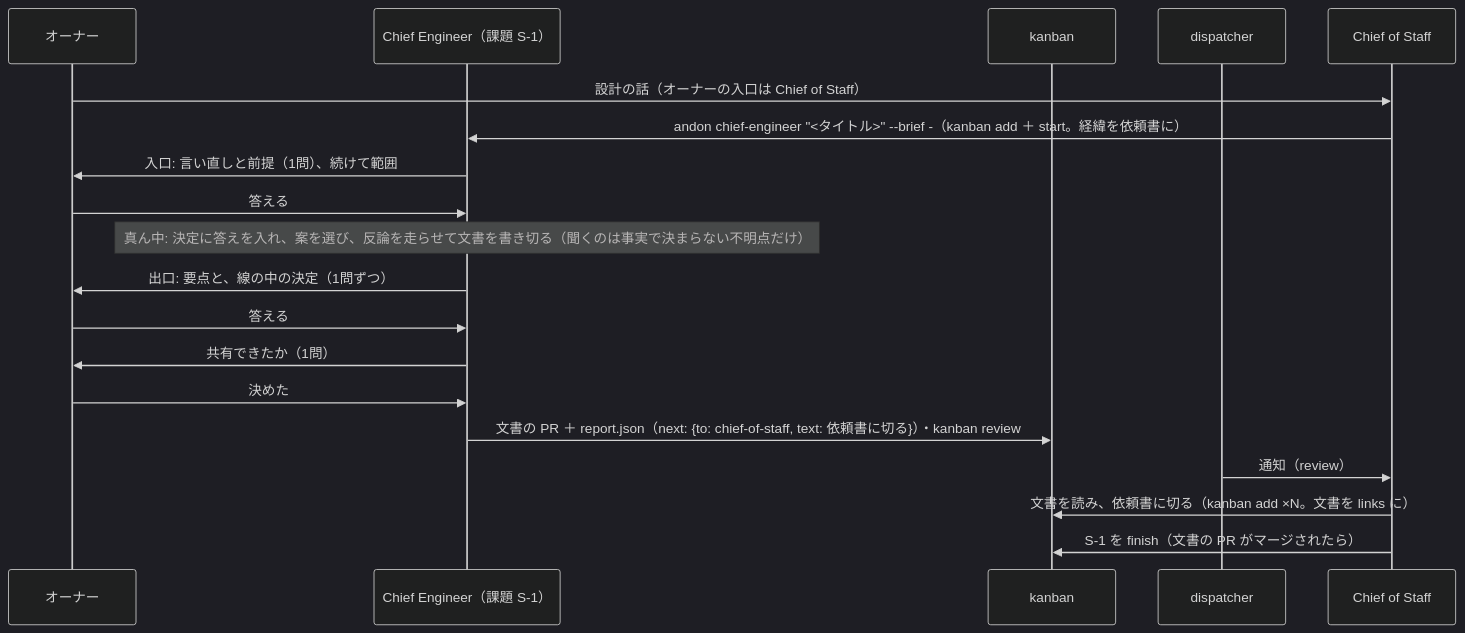
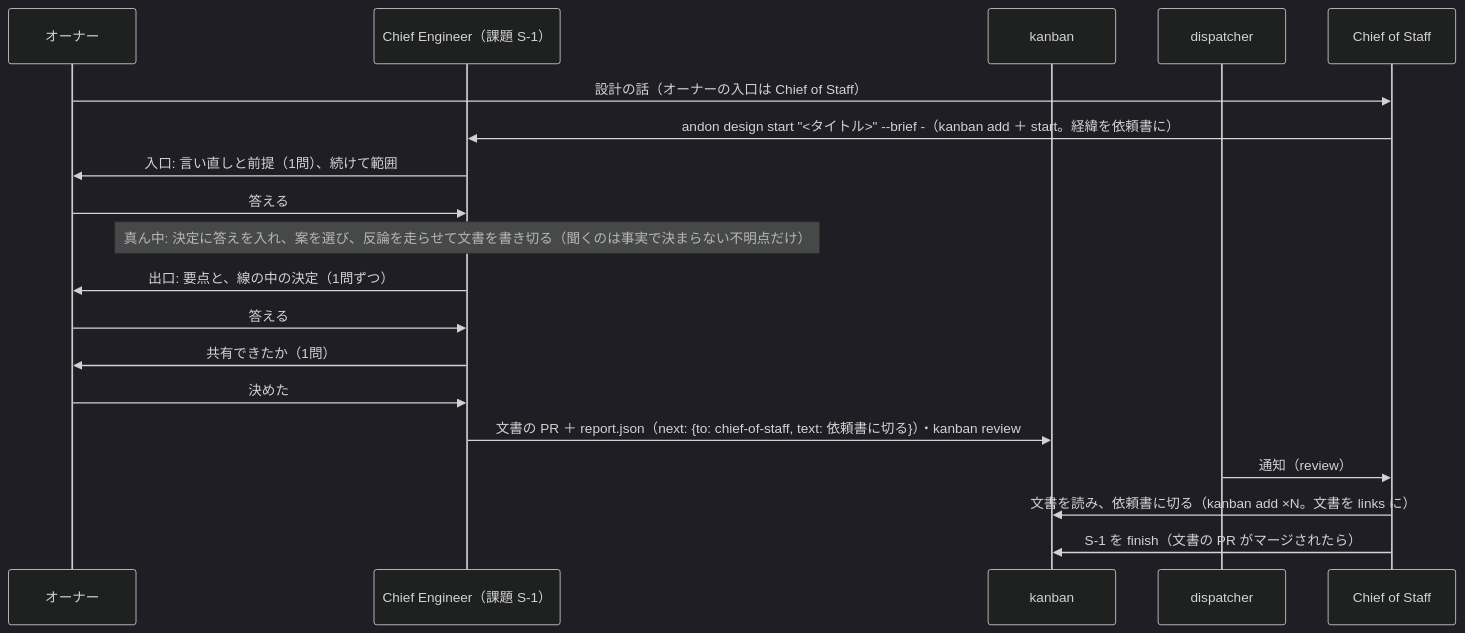
Before and after one commit to mitaku/andon: the third of 3 diagrams in docs/design.md, drawn with Mermaid (dark theme). The commit also changed other lines of this file and 147 other files, not shown here.

````diff
--- a/docs/design.md
+++ b/docs/design.md
@@ -293,21 +293,21 @@
 ```mermaid
 sequenceDiagram
   participant H as オーナー
   participant CE as Chief Engineer（課題 S-1）
   participant L as kanban
   participant K as dispatcher
   participant C as Chief of Staff
   H->>C: 設計の話（オーナーの入口は Chief of Staff）
-  C->>CE: andon chief-engineer "<タイトル>" --brief -（kanban add ＋ start。経緯を依頼書に）
+  C->>CE: andon design start "<タイトル>" --brief -（kanban add ＋ start。経緯を依頼書に）
   CE->>H: 入口: 言い直しと前提（1問）、続けて範囲
   H->>CE: 答える
   Note over CE: 真ん中: 決定に答えを入れ、案を選び、反論を走らせて文書を書き切る（聞くのは事実で決まらない不明点だけ）
   CE->>H: 出口: 要点と、線の中の決定（1問ずつ）
   H->>CE: 答える
   CE->>H: 共有できたか（1問）
   H->>CE: 決めた
   CE->>L: 文書の PR ＋ report.json（next: {to: chief-of-staff, text: 依頼書に切る}）・kanban review
   K->>C: 通知（review）
   C->>L: 文書を読み、依頼書に切る（kanban add ×N。文書を links に）
   C->>L: S-1 を finish（文書の PR がマージされたら）
 ```
````
